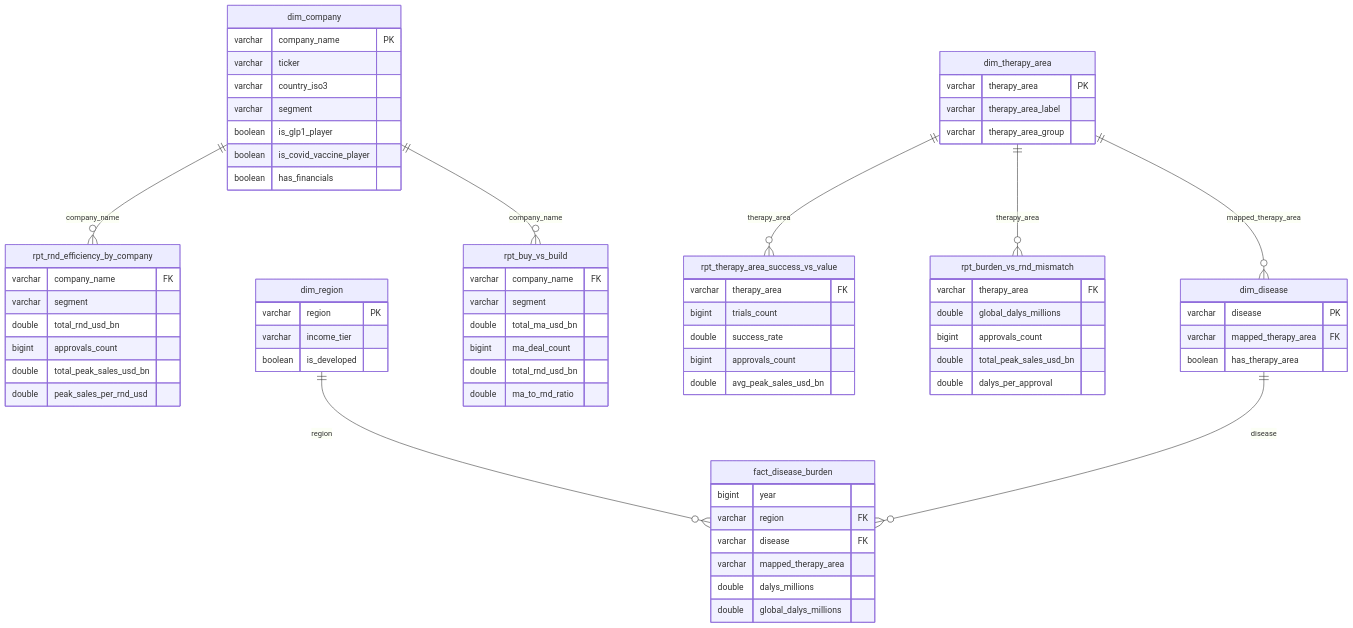
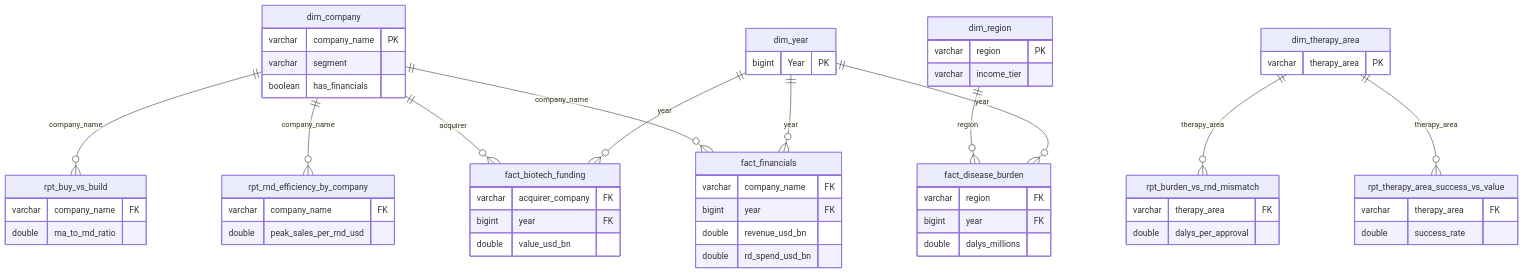
Before and after one commit to keithfernandes12/pharma-data-engineering-aws: the diagram in README.md, drawn with Mermaid. The commit also changed other lines of this file and 11 other files, not shown here.

First line of the commit message:
@ docs: recruiter-focused README, verified ERD + architecture, repo cleanup

````diff
--- a/README.md
+++ b/README.md
@@ -117,74 +135,62 @@
 ```mermaid
 erDiagram
     dim_company {
         varchar company_name PK
-        varchar ticker
-        varchar country_iso3
         varchar segment
-        boolean is_glp1_player
-        boolean is_covid_vaccine_player
         boolean has_financials
     }
     dim_therapy_area {
         varchar therapy_area PK
-        varchar therapy_area_label
-        varchar therapy_area_group
-    }
-    dim_disease {
-        varchar disease PK
-        varchar mapped_therapy_area FK
-        boolean has_therapy_area
     }
     dim_region {
         varchar region PK
         varchar income_tier
-        boolean is_developed
+    }
+    dim_year {
+        bigint Year PK
     }
 
+    fact_financials {
+        varchar company_name FK
+        bigint year FK
+        double revenue_usd_bn
+        double rd_spend_usd_bn
+    }
+    fact_biotech_funding {
+        varchar acquirer_company FK
+        bigint year FK
+        double value_usd_bn
+    }
+    fact_disease_burden {
+        varchar region FK
+        bigint year FK
+        double dalys_millions
+    }
     rpt_rnd_efficiency_by_company {
         varchar company_name FK
-        varchar segment
-        double total_rnd_usd_bn
-        bigint approvals_count
-        double total_peak_sales_usd_bn
         double peak_sales_per_rnd_usd
     }
     rpt_buy_vs_build {
         varchar company_name FK
-        varchar segment
-        double total_ma_usd_bn
-        bigint ma_deal_count
-        double total_rnd_usd_bn
         double ma_to_rnd_ratio
     }
     rpt_therapy_area_success_vs_value {
         varchar therapy_area FK
-        bigint trials_count
         double success_rate
-        bigint approvals_count
-        double avg_peak_sales_usd_bn
     }
     rpt_burden_vs_rnd_mismatch {
         varchar therapy_area FK
-        double global_dalys_millions
-        bigint approvals_count
-        double total_peak_sales_usd_bn
         double dalys_per_approval
     }
-    fact_disease_burden {
-        bigint year
-        varchar region FK
-        varchar disease FK
-        varchar mapped_therapy_area
-        double dalys_millions
-        double global_dalys_millions
-    }
 
-    dim_company ||--o{ rpt_rnd_efficiency_by_company : "company_name"
-    dim_company ||--o{ rpt_buy_vs_build : "company_name"
+    dim_company      ||--o{ fact_financials                   : "company_name"
+    dim_company      ||--o{ fact_biotech_funding              : "acquirer"
+    dim_company      ||--o{ rpt_rnd_efficiency_by_company     : "company_name"
+    dim_company      ||--o{ rpt_buy_vs_build                  : "company_name"
     dim_therapy_area ||--o{ rpt_therapy_area_success_vs_value : "therapy_area"
-    dim_therapy_area ||--o{ rpt_burden_vs_rnd_mismatch : "therapy_area"
-    dim_therapy_area ||--o{ dim_disease : "mapped_therapy_area"
-    dim_region ||--o{ fact_disease_burden : "region"
-    dim_disease ||--o{ fact_disease_burden : "disease"
+    dim_therapy_area ||--o{ rpt_burden_vs_rnd_mismatch        : "therapy_area"
+    dim_region       ||--o{ fact_disease_burden               : "region"
+    dim_year         ||--o{ fact_financials                   : "year"
+    dim_year         ||--o{ fact_biotech_funding              : "year"
+    dim_year         ||--o{ fact_disease_burden               : "year"
 ```
````
